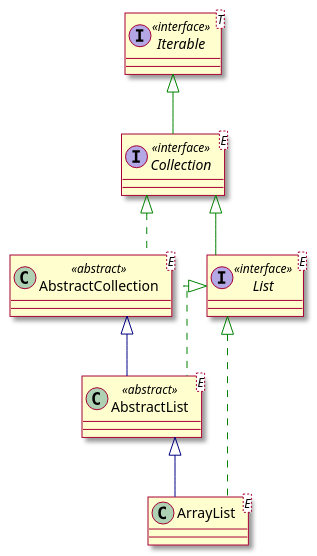
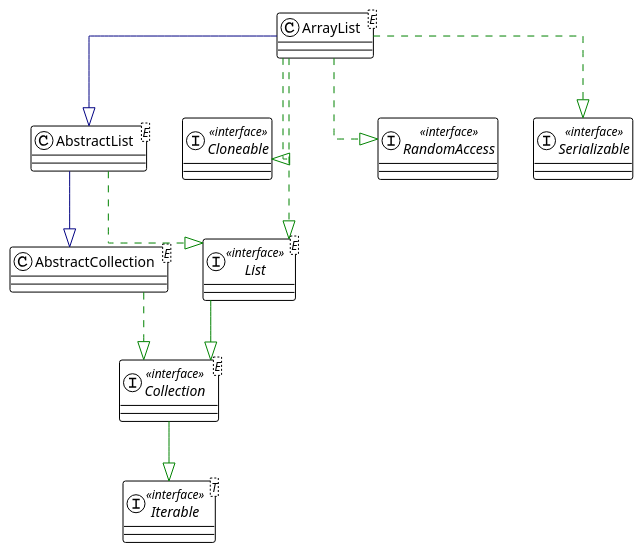
The diagram in docs/collection/list/arraylist/01-类关系.md (mjj-projects/java-core-learning), drawn with PlantUML before and after one commit. The commit also changed 2 other files, not shown here.

Commit message:
修改类图

````diff
--- a/docs/collection/list/arraylist/01-类关系.md
+++ b/docs/collection/list/arraylist/01-类关系.md
@@ -2,21 +1,28 @@
 ```plantuml
 @startuml
-skin rose
+
+!theme plain
 skinparam linetype ortho
 
-class AbstractCollection<E> << abstract >>
-class AbstractList<E> << abstract >>
+class AbstractCollection<E>
+class AbstractList<E>
 class ArrayList<E>
+interface Cloneable << interface >>
 interface Collection<E> << interface >>
 interface Iterable<T> << interface >>
 interface List<E> << interface >>
+interface RandomAccess << interface >>
+interface Serializable << interface >>
 
-AbstractList <|-[#000082,plain]- ArrayList
-AbstractCollection <|-[#000082,plain]- AbstractList
-List <|.[#008200,dashed]. ArrayList
-List <|-[#008200,dashed]- AbstractList
-Collection <|-[#008200,plain]- List
-Collection <|-[#008200,dashed]- AbstractCollection
-Iterable <|-[#008200,plain]- Collection
+AbstractCollection  -[#008200,dashed]-^  Collection         
+AbstractList        -[#000082,plain]-^  AbstractCollection 
+AbstractList        -[#008200,dashed]-^  List               
+ArrayList           -[#000082,plain]-^  AbstractList       
+ArrayList           -[#008200,dashed]-^  Cloneable          
+ArrayList           -[#008200,dashed]-^  List               
+ArrayList           -[#008200,dashed]-^  RandomAccess       
+ArrayList           -[#008200,dashed]-^  Serializable       
+Collection          -[#008200,plain]-^  Iterable           
+List                -[#008200,plain]-^  Collection         
 @enduml
 ```
````
